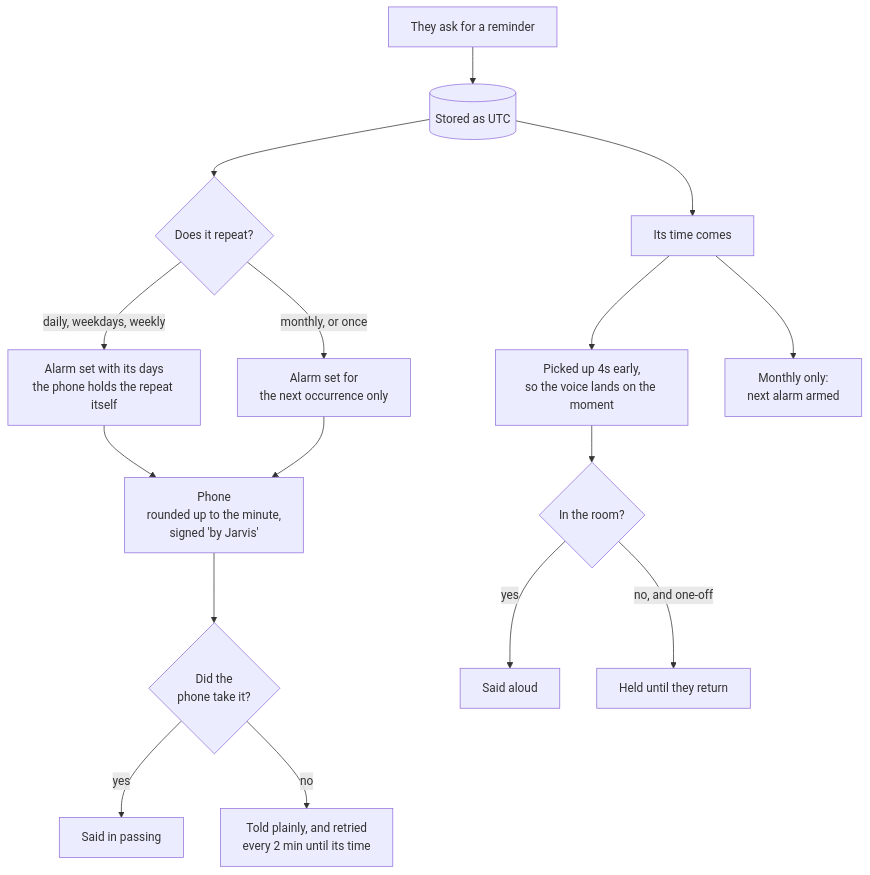
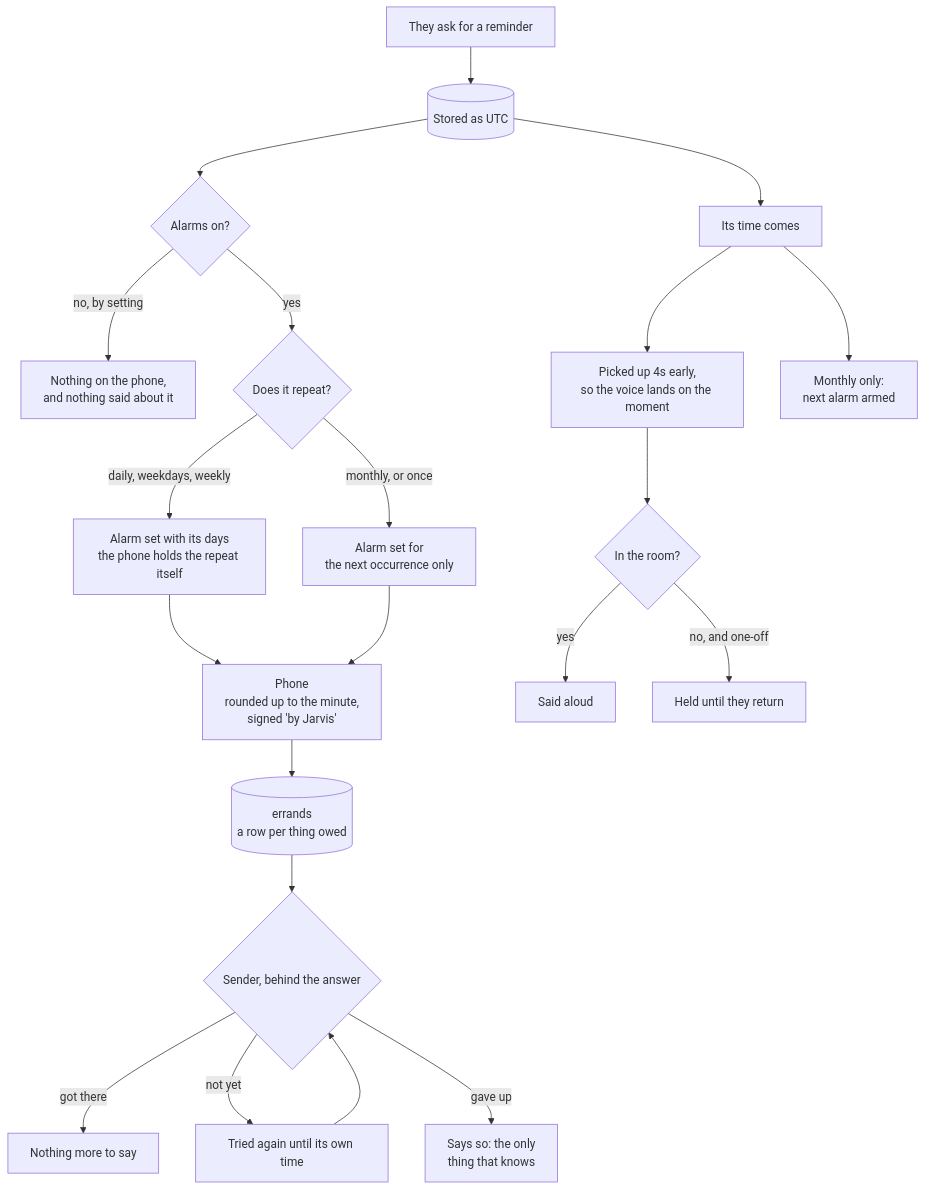
Before and after one commit to DhanushRamesh/personal-assistant: the fourth of 5 diagrams in FEATURES.md, drawn with Mermaid. The commit also changed other lines of this file and 15 other files, not shown here.

````diff
--- a/FEATURES.md
+++ b/FEATURES.md
@@ -200,21 +200,27 @@
 ```mermaid
 flowchart TB
     SET["They ask for a reminder"] --> STORE[("Stored as UTC")]
-    STORE --> MK{"Does it repeat?"}
+    STORE --> OFF{"Alarms on?"}
+    OFF -- "no, by setting" --> QUIET["Nothing on the phone,<br/>and nothing said about it"]
+    OFF -- "yes" --> MK
+    MK{"Does it repeat?"}
 
     MK -- "daily, weekdays, weekly" --> NATIVE["Alarm set with its days<br/>the phone holds the repeat itself"]
     MK -- "monthly, or once" --> ONEOFF["Alarm set for<br/>the next occurrence only"]
 
     NATIVE --> PH["Phone<br/>rounded up to the minute,<br/>signed 'by Jarvis'"]
     ONEOFF --> PH
-    PH --> OK{"Did the<br/>phone take it?"}
-    OK -- "yes" --> SAID["Said in passing"]
-    OK -- "no" --> KEEP["Told plainly, and retried<br/>every 2 min until its time"]
+    PH --> ROW[("errands<br/>a row per thing owed")]
+    ROW --> SEND{"Sender, behind the answer"}
+    SEND -- "got there" --> SAID["Nothing more to say"]
+    SEND -- "not yet" --> KEEP["Tried again until its own time"]
+    KEEP --> SEND
+    SEND -- "gave up" --> TOLD["Says so: the only<br/>thing that knows"]
 
     STORE --> DUE["Its time comes"]
     DUE --> LEAD["Picked up 4s early,<br/>so the voice lands on the moment"]
     LEAD --> HERE{"In the room?"}
     HERE -- "yes" --> SAY["Said aloud"]
     HERE -- "no, and one-off" --> HELD["Held until they return"]
     DUE --> REARM["Monthly only:<br/>next alarm armed"]
 ```
````
